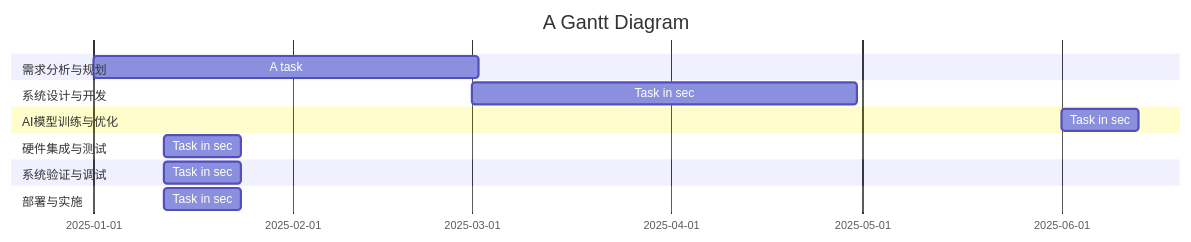
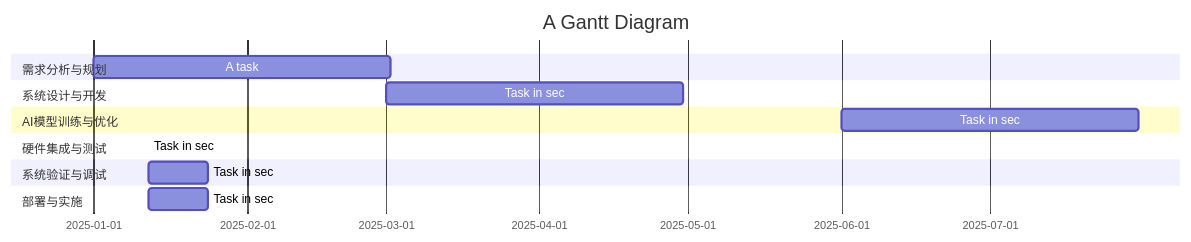
The diagram in all/代码甘特图.md (libobo6/iodraw-files), drawn with Mermaid before and after one commit.

Commit message:
2025-01-14 10:56:05 update

````diff
--- a/all/代码甘特图.md
+++ b/all/代码甘特图.md
@@ -1,17 +1,17 @@
 ```mermaid
 gantt
     title A Gantt Diagram
     dateFormat  YYYY-MM-DD
     section 需求分析与规划
     A task           :2025-01-01, 60d
     section 系统设计与开发
     Task in sec      :2025-03-01, 60d
     section AI模型训练与优化
-    Task in sec      :2025-06-1  , 12d
+    Task in sec      :2025-06-01  , 60d
     section 硬件集成与测试
-    Task in sec      :2025-01-12  , 12d
+    Task in sec      :2025-01-12  , d
     section 系统验证与调试
     Task in sec      :2025-01-12  , 12d
     section 部署与实施
     Task in sec      :2025-01-12  , 12d
 ```
````
